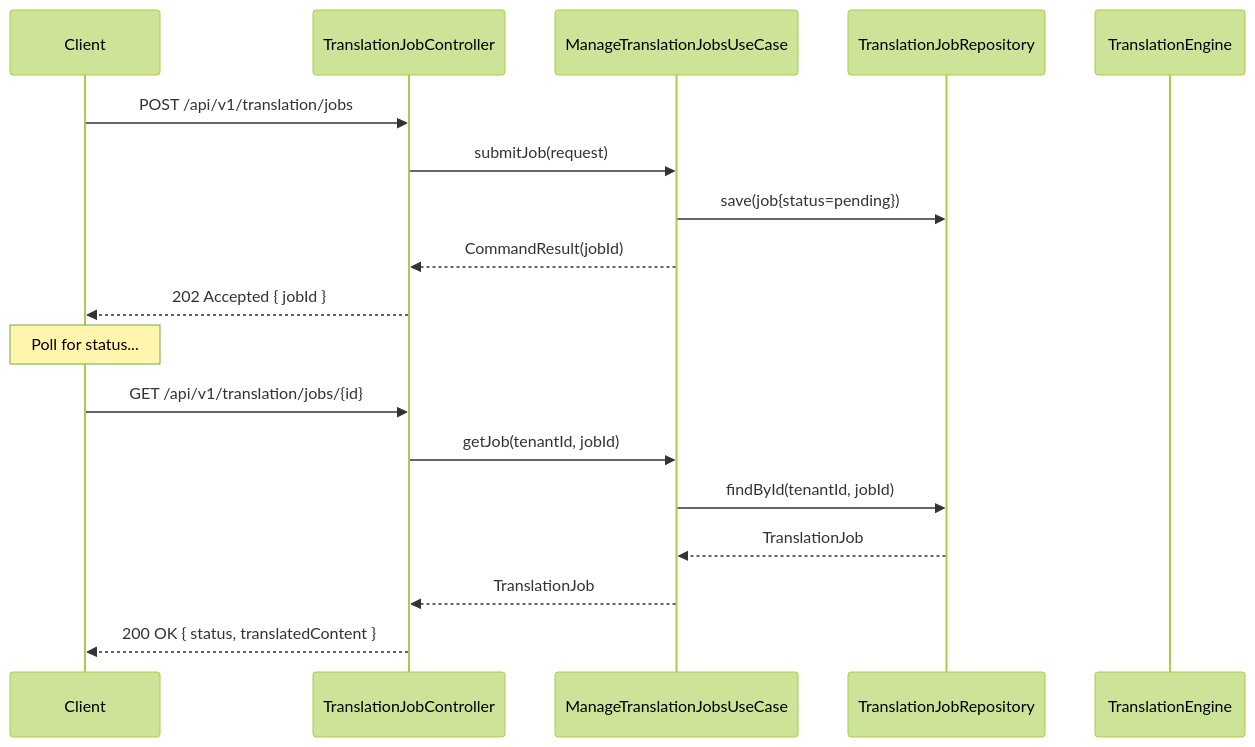
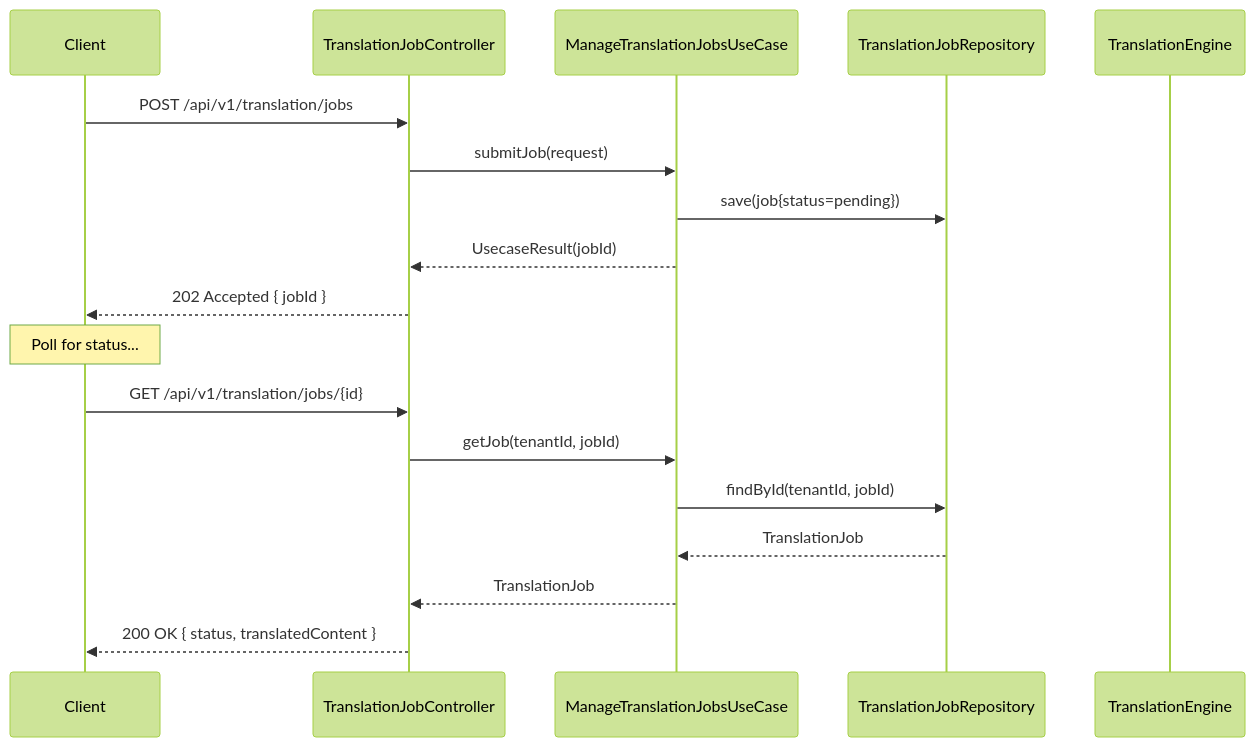
The fourth of 6 diagrams in translation/UML.md (UIMSolutions/uim-platform), drawn with Mermaid (forest theme) before and after one commit. The commit also changed other lines of this file and 907 other files, not shown here.

Commit message:
Rename CommandResult

````diff
--- a/translation/UML.md
+++ b/translation/UML.md
@@ -210,23 +210,23 @@
 ```mermaid
 sequenceDiagram
     participant Client
     participant TranslationJobController
     participant ManageTranslationJobsUseCase
     participant TranslationJobRepository
     participant TranslationEngine
 
     Client->>TranslationJobController: POST /api/v1/translation/jobs
     TranslationJobController->>ManageTranslationJobsUseCase: submitJob(request)
     ManageTranslationJobsUseCase->>TranslationJobRepository: save(job{status=pending})
-    ManageTranslationJobsUseCase-->>TranslationJobController: CommandResult(jobId)
+    ManageTranslationJobsUseCase-->>TranslationJobController: UsecaseResult(jobId)
     TranslationJobController-->>Client: 202 Accepted { jobId }
 
     Note over Client: Poll for status...
 
     Client->>TranslationJobController: GET /api/v1/translation/jobs/{id}
     TranslationJobController->>ManageTranslationJobsUseCase: getJob(tenantId, jobId)
     ManageTranslationJobsUseCase->>TranslationJobRepository: findById(tenantId, jobId)
     TranslationJobRepository-->>ManageTranslationJobsUseCase: TranslationJob
     ManageTranslationJobsUseCase-->>TranslationJobController: TranslationJob
     TranslationJobController-->>Client: 200 OK { status, translatedContent }
 ```
````
